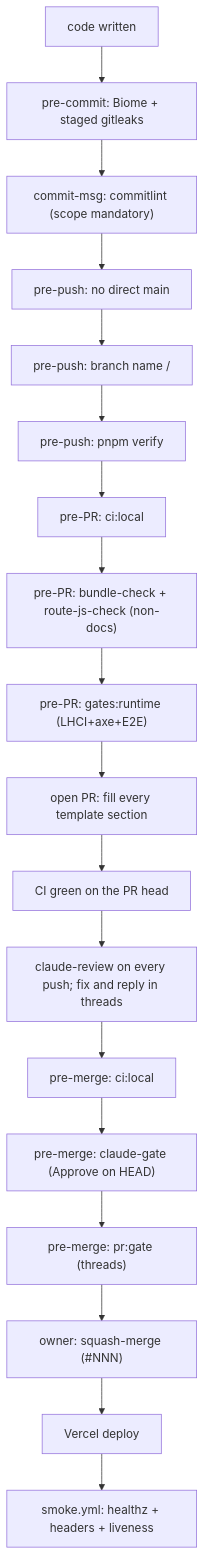
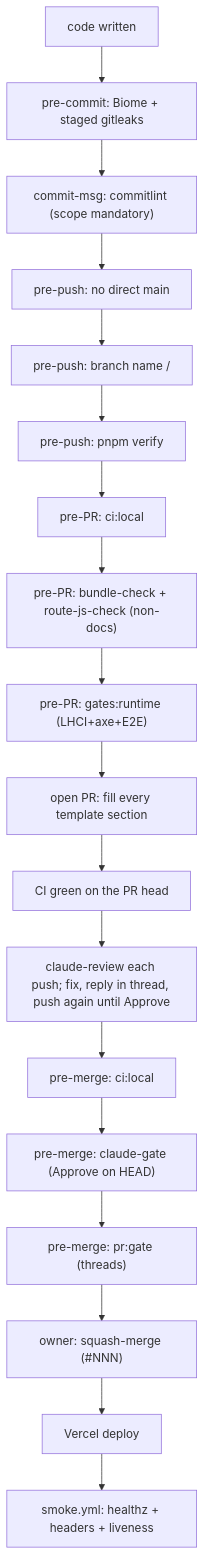
One commit to erikunha/portfolio changed the first of 2 diagrams in docs/handbook/review-merge-release.md. Above: the diagram before and after it, drawn with Mermaid. The commit also changed other lines of this file and 2 other files, not shown here.

First line of the commit message:
docs(workflow): restore the review convergence loop on every pr

````diff
--- a/docs/handbook/review-merge-release.md
+++ b/docs/handbook/review-merge-release.md
@@ -7,20 +7,20 @@
 ```mermaid
 flowchart TD
     write["code written"] --> c1["pre-commit: Biome + staged gitleaks"]
     c1 --> c2["commit-msg: commitlint (scope mandatory)"]
     c2 --> p1["pre-push: no direct main"]
     p1 --> p2["pre-push: branch name <type>/<desc>"]
     p2 --> p5["pre-push: pnpm verify"]
     p5 --> r1["pre-PR: ci:local"]
     r1 --> r2["pre-PR: bundle-check + route-js-check (non-docs)"]
     r2 --> r4["pre-PR: gates:runtime (LHCI+axe+E2E)"]
     r4 --> o1["open PR: fill every template section"]
     o1 --> o1b["CI green on the PR head"]
-    o1b --> o2["claude-review on every push; fix and reply in threads"]
+    o1b --> o2["claude-review each push; fix, reply in thread, push again until Approve"]
     o2 --> m1["pre-merge: ci:local"]
     m1 --> m3["pre-merge: claude-gate (Approve on HEAD)"]
     m3 --> m4["pre-merge: pr:gate (threads)"]
     m4 --> merge["owner: squash-merge (#NNN)"]
     merge --> deploy["Vercel deploy"]
     deploy --> smoke["smoke.yml: healthz + headers + liveness"]
 ```
````
